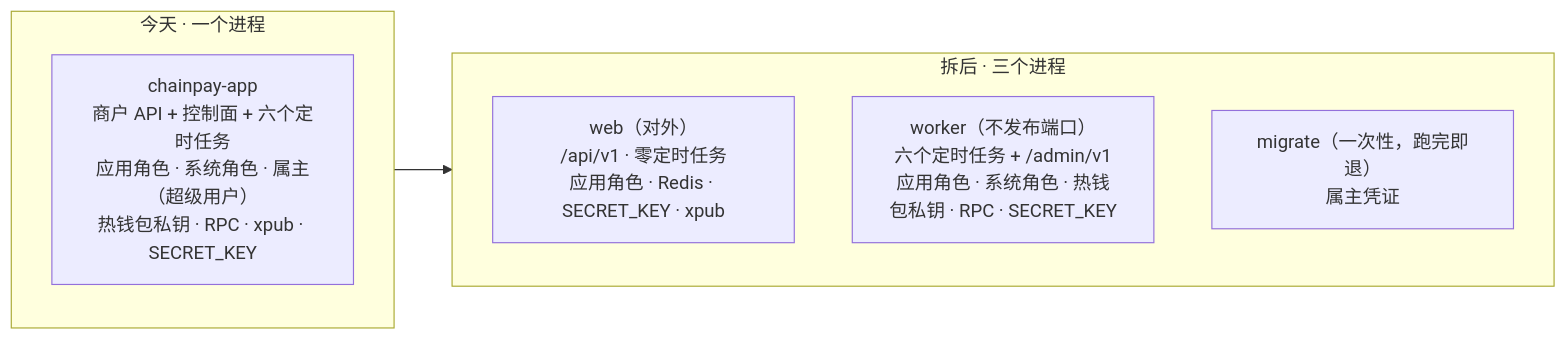
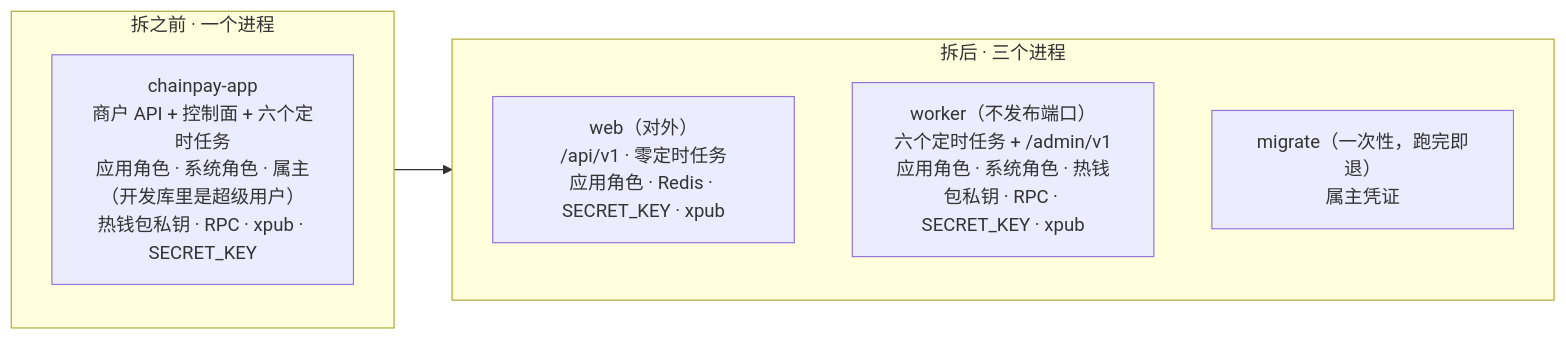
The diagram in docs/knowledge/m6-process-split.md (CTW2000/chainpay), drawn with Mermaid before and after one commit. The commit also changed other lines of this file and 14 other files, not shown here.

````diff
--- a/docs/knowledge/m6-process-split.md
+++ b/docs/knowledge/m6-process-split.md
@@ -44,12 +11,12 @@
 ```mermaid
 flowchart LR
-  subgraph now [今天 · 一个进程]
-    APP["chainpay-app<br/>商户 API + 控制面 + 六个定时任务<br/>应用角色 · 系统角色 · 属主（超级用户）<br/>热钱包私钥 · RPC · xpub · SECRET_KEY"]
+  subgraph before [拆之前 · 一个进程]
+    APP["chainpay-app<br/>商户 API + 控制面 + 六个定时任务<br/>应用角色 · 系统角色 · 属主（开发库里是超级用户）<br/>热钱包私钥 · RPC · xpub · SECRET_KEY"]
   end
   subgraph after [拆后 · 三个进程]
     WEB["web（对外）<br/>/api/v1 · 零定时任务<br/>应用角色 · Redis · SECRET_KEY · xpub"]
-    WORKER["worker（不发布端口）<br/>六个定时任务 + /admin/v1<br/>应用角色 · 系统角色 · 热钱包私钥 · RPC · SECRET_KEY"]
+    WORKER["worker（不发布端口）<br/>六个定时任务 + /admin/v1<br/>应用角色 · 系统角色 · 热钱包私钥 · RPC · SECRET_KEY · xpub"]
     MIG["migrate（一次性，跑完即退）<br/>属主凭证"]
   end
-  now --> after
+  before --> after
 ```
````
